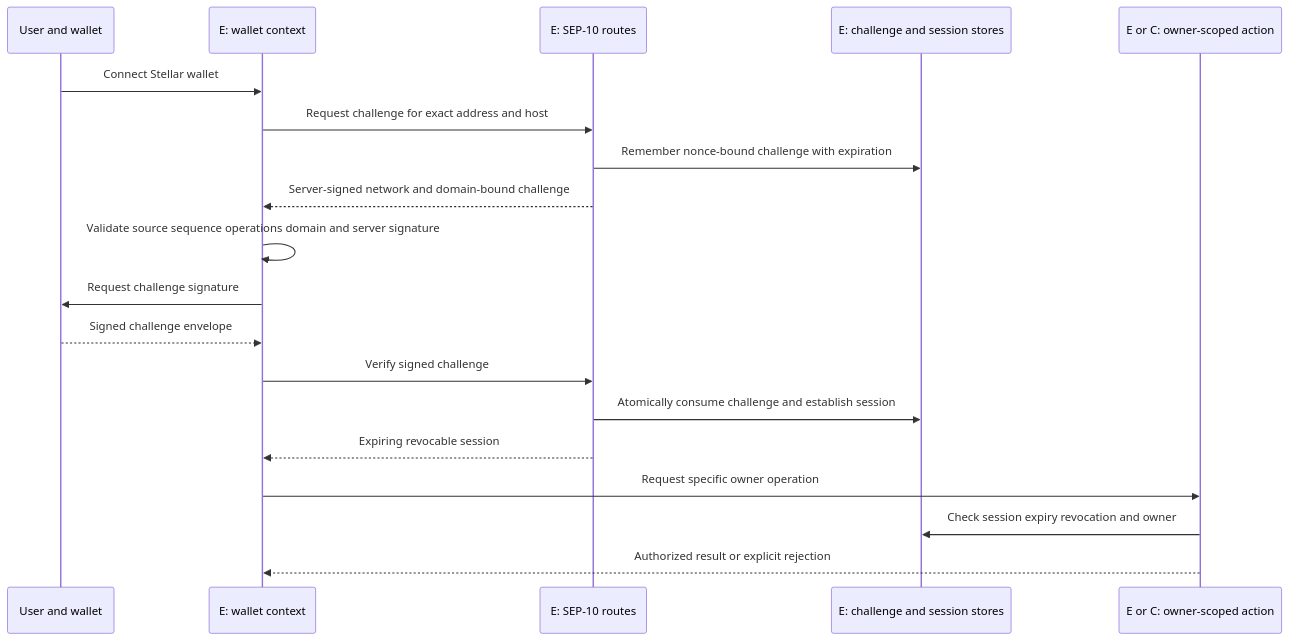
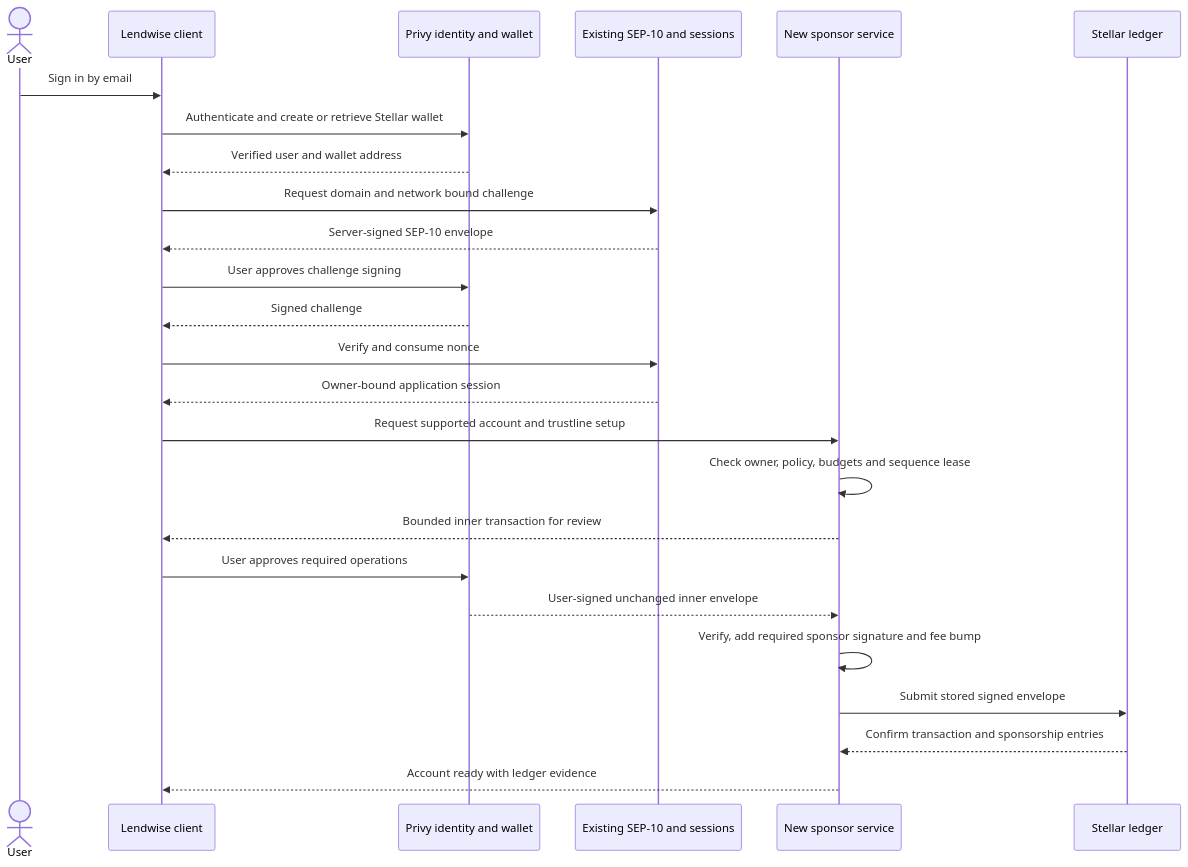
Before and after one commit to lendwise-fi/lendwise: diagram 11 of 21 in docs/rwa-integration-architecture/TECHNICAL_ARCHITECTURE.md, drawn with Mermaid. The commit also changed other lines of this file and 2 other files, not shown here.

Commit message:
docs: detail the complete RWA integration architecture

````diff
--- a/docs/rwa-integration-architecture/TECHNICAL_ARCHITECTURE.md
+++ b/docs/rwa-integration-architecture/TECHNICAL_ARCHITECTURE.md
@@ -588,21 +549,27 @@
 ```mermaid
 sequenceDiagram
-  participant User as User and wallet
-  participant Web as E: wallet context
-  participant Auth as E: SEP-10 routes
-  participant Store as E: challenge and session stores
-  participant Action as E or C: owner-scoped action
-  User->>Web: Connect Stellar wallet
-  Web->>Auth: Request challenge for exact address and host
-  Auth->>Store: Remember nonce-bound challenge with expiration
-  Auth-->>Web: Server-signed network and domain-bound challenge
-  Web->>Web: Validate source sequence operations domain and server signature
-  Web->>User: Request challenge signature
-  User-->>Web: Signed challenge envelope
-  Web->>Auth: Verify signed challenge
-  Auth->>Store: Atomically consume challenge and establish session
-  Auth-->>Web: Expiring revocable session
-  Web->>Action: Request specific owner operation
-  Action->>Store: Check session expiry revocation and owner
-  Action-->>Web: Authorized result or explicit rejection
+  actor User
+  participant Web as Lendwise client
+  participant Privy as Privy identity and wallet
+  participant Auth as Existing SEP-10 and sessions
+  participant Sponsor as New sponsor service
+  participant Ledger as Stellar ledger
+  User->>Web: Sign in by email
+  Web->>Privy: Authenticate and create or retrieve Stellar wallet
+  Privy-->>Web: Verified user and wallet address
+  Web->>Auth: Request domain and network bound challenge
+  Auth-->>Web: Server-signed SEP-10 envelope
+  Web->>Privy: User approves challenge signing
+  Privy-->>Web: Signed challenge
+  Web->>Auth: Verify and consume nonce
+  Auth-->>Web: Owner-bound application session
+  Web->>Sponsor: Request supported account and trustline setup
+  Sponsor->>Sponsor: Check owner, policy, budgets and sequence lease
+  Sponsor-->>Web: Bounded inner transaction for review
+  Web->>Privy: User approves required operations
+  Privy-->>Sponsor: User-signed unchanged inner envelope
+  Sponsor->>Sponsor: Verify, add required sponsor signature and fee bump
+  Sponsor->>Ledger: Submit stored signed envelope
+  Ledger-->>Sponsor: Confirm transaction and sponsorship entries
+  Sponsor-->>Web: Account ready with ledger evidence
 ```
````
